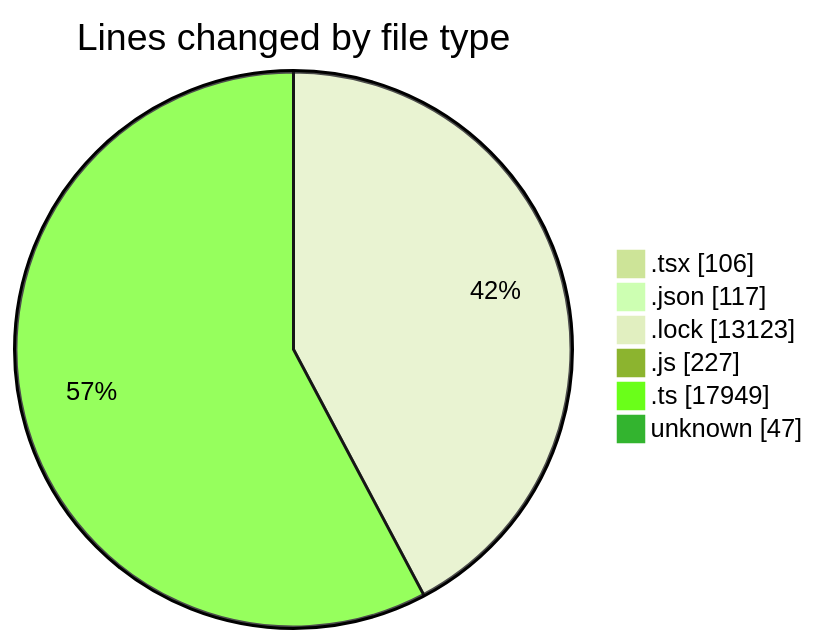
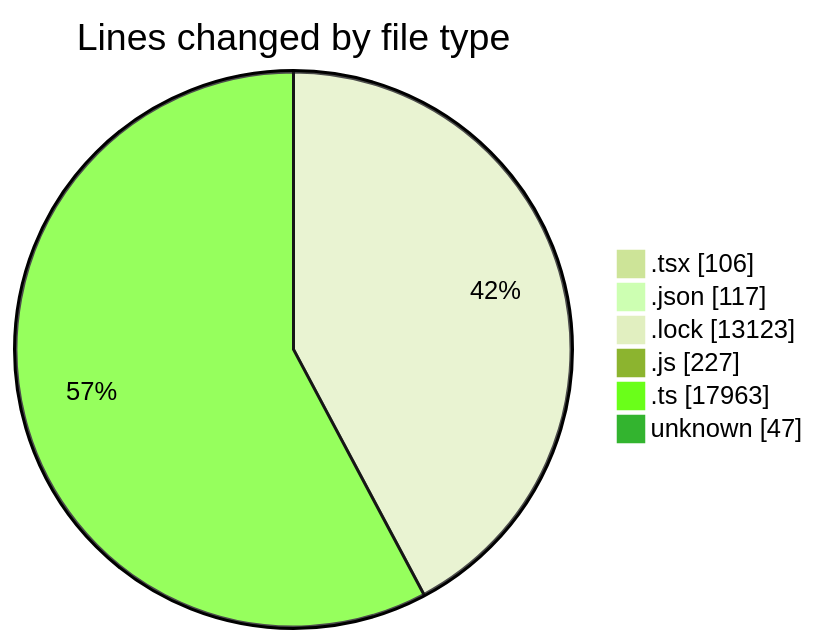
The first of 2 diagrams in 2025-09-03/cda/README.md (momahboobian/code-tracking), drawn with Mermaid (forest theme) before and after one commit. The commit also changed other lines of this file and 1 other file, not shown here.

````diff
--- a/2025-09-03/cda/README.md
+++ b/2025-09-03/cda/README.md
@@ -37,10 +37,10 @@
 ```mermaid
 pie showData
 title Lines changed by file type
 ".tsx" : 106
 ".json" : 117
 ".lock" : 13123
 ".js" : 227
-".ts" : 17949
+".ts" : 17963
 "unknown" : 47
 ```
````
